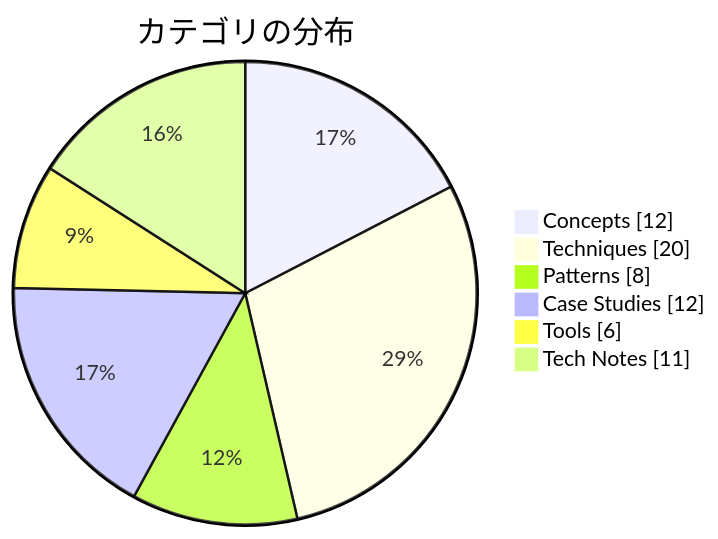
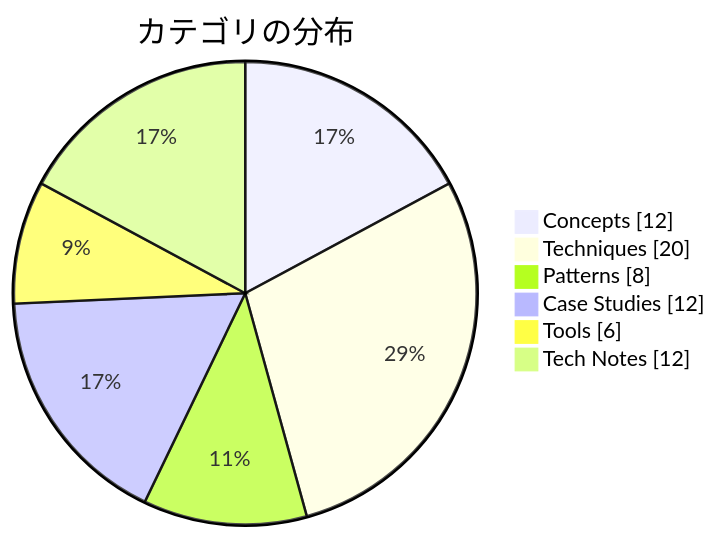
One commit to dinekt/dinekt-wiki changed the second of 2 diagrams in docs/index.md. Above: the diagram before and after it, drawn with Mermaid. The commit also changed other lines of this file and 9 other files, not shown here.

````diff
--- a/docs/index.md
+++ b/docs/index.md
@@ -37,9 +37,9 @@
 ```mermaid
 pie showData title カテゴリの分布
     "Concepts" : 12
     "Techniques" : 20
     "Patterns" : 8
     "Case Studies" : 12
     "Tools" : 6
-    "Tech Notes" : 11
+    "Tech Notes" : 12
 ```
````
